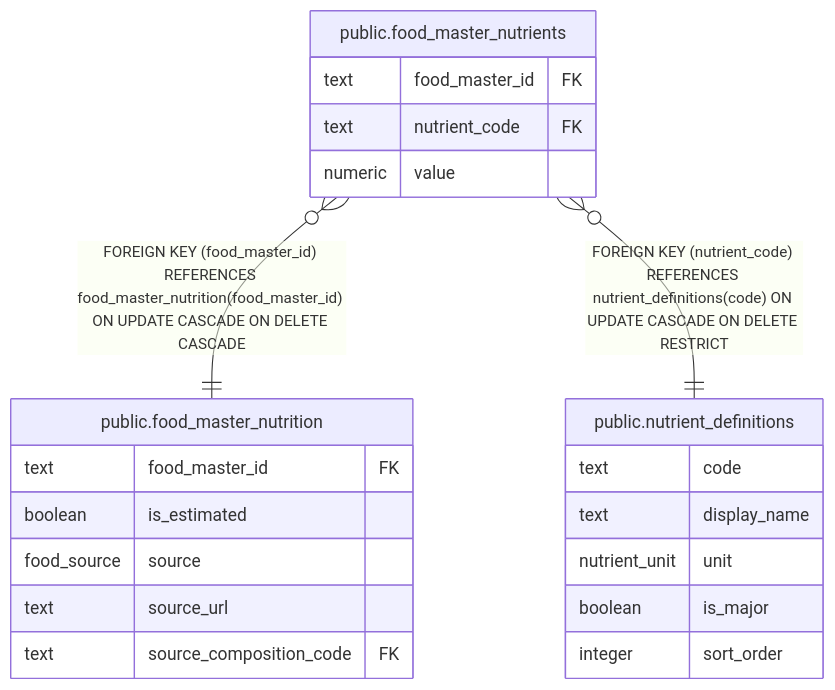
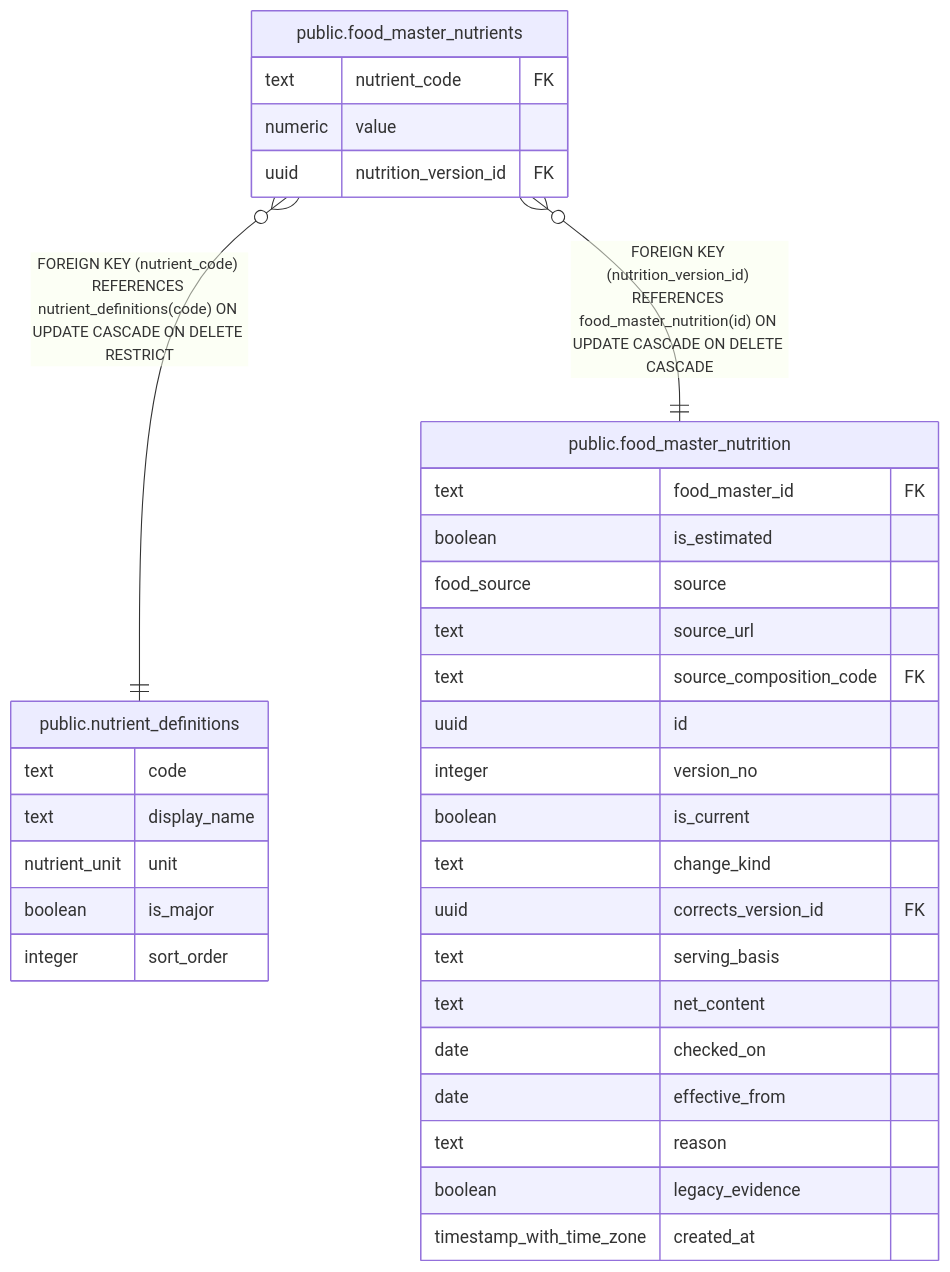
Before and after one commit to fohte/meshi: the diagram in server/docs/db/public.food_master_nutrients.md, drawn with Mermaid. The commit also changed other lines of this file and 51 other files, not shown here.

````diff
--- a/server/docs/db/public.food_master_nutrients.md
+++ b/server/docs/db/public.food_master_nutrients.md
@@ -36,26 +36,38 @@
 ```mermaid
 erDiagram
 
-"public.food_master_nutrients" }o--|| "public.food_master_nutrition" : "FOREIGN KEY (food_master_id) REFERENCES food_master_nutrition(food_master_id) ON UPDATE CASCADE ON DELETE CASCADE"
 "public.food_master_nutrients" }o--|| "public.nutrient_definitions" : "FOREIGN KEY (nutrient_code) REFERENCES nutrient_definitions(code) ON UPDATE CASCADE ON DELETE RESTRICT"
+"public.food_master_nutrients" }o--|| "public.food_master_nutrition" : "FOREIGN KEY (nutrition_version_id) REFERENCES food_master_nutrition(id) ON UPDATE CASCADE ON DELETE CASCADE"
 
 "public.food_master_nutrients" {
-  text food_master_id FK
   text nutrient_code FK
   numeric value
-}
-"public.food_master_nutrition" {
-  text food_master_id FK
-  boolean is_estimated
-  food_source source
-  text source_url
-  text source_composition_code FK
+  uuid nutrition_version_id FK
 }
 "public.nutrient_definitions" {
   text code
   text display_name
   nutrient_unit unit
   boolean is_major
   integer sort_order
 }
+"public.food_master_nutrition" {
+  text food_master_id FK
+  boolean is_estimated
+  food_source source
+  text source_url
+  text source_composition_code FK
+  uuid id
+  integer version_no
+  boolean is_current
+  text change_kind
+  uuid corrects_version_id FK
+  text serving_basis
+  text net_content
+  date checked_on
+  date effective_from
+  text reason
+  boolean legacy_evidence
+  timestamp_with_time_zone created_at
+}
 ```
````
